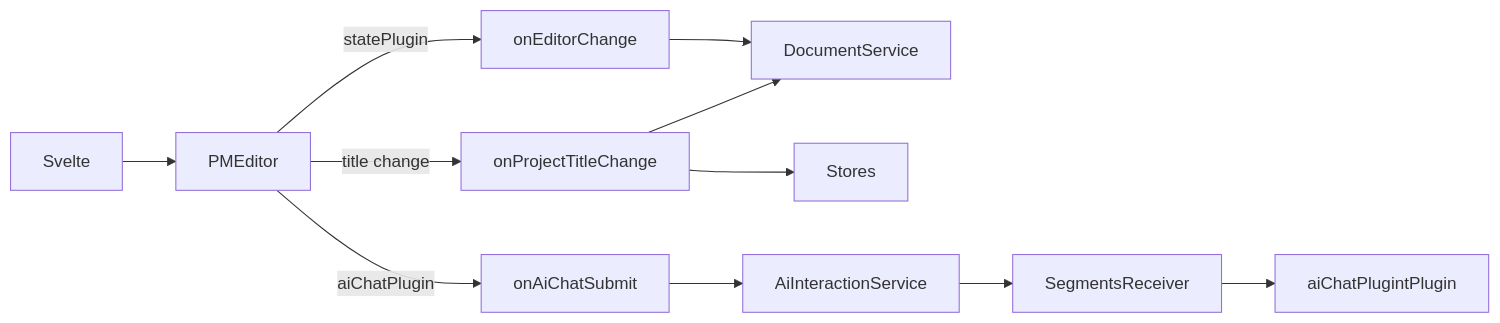
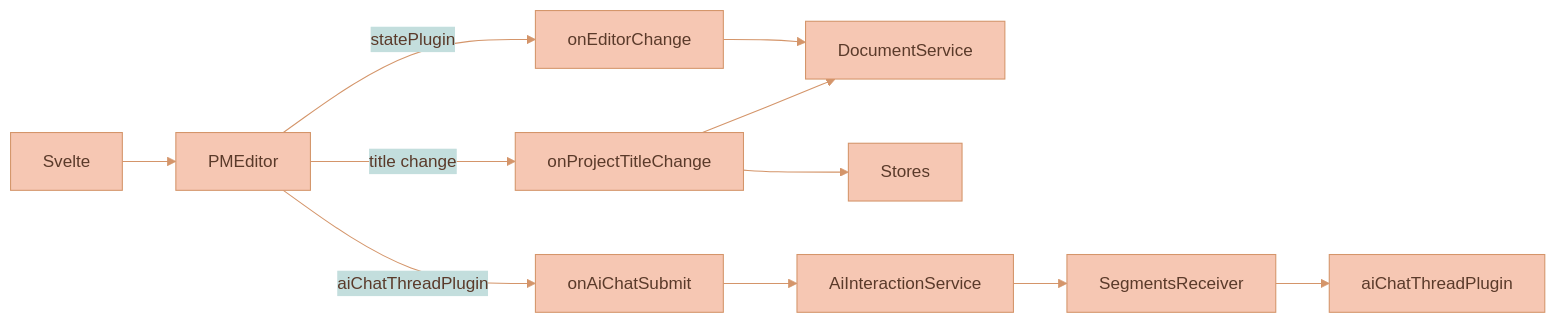
The eighth of 8 diagrams in services/web-ui/src/components/proseMirror/README.md (Lixpi/lixpi), drawn with Mermaid before and after one commit. The commit also changed other lines of this file and 27 other files, not shown here.

````diff
--- a/services/web-ui/src/components/proseMirror/README.md
+++ b/services/web-ui/src/components/proseMirror/README.md
@@ -330,10 +356,11 @@
 ```mermaid
+%%{init: {'theme': 'base', 'themeVariables': { 'primaryColor': '#F6C7B3', 'primaryTextColor': '#5a3a2a', 'primaryBorderColor': '#d4956a', 'secondaryColor': '#C3DEDD', 'secondaryTextColor': '#1a3a47', 'secondaryBorderColor': '#4a8a9d', 'tertiaryColor': '#DCECE9', 'tertiaryTextColor': '#1a3a47', 'tertiaryBorderColor': '#82B2C0', 'lineColor': '#d4956a', 'textColor': '#5a3a2a'}}}%%
 flowchart LR
   Svelte --> PMEditor
   PMEditor -->|statePlugin| onEditorChange
   PMEditor -->|title change| onProjectTitleChange
-  PMEditor -->|aiChatPlugin| onAiChatSubmit
+  PMEditor -->|aiChatThreadPlugin| onAiChatSubmit
   onEditorChange --> DocumentService
   onProjectTitleChange --> DocumentService & Stores
-  onAiChatSubmit --> AiInteractionService --> SegmentsReceiver --> aiChatPlugintPlugin
+  onAiChatSubmit --> AiInteractionService --> SegmentsReceiver --> aiChatThreadPlugin
 ```
````
